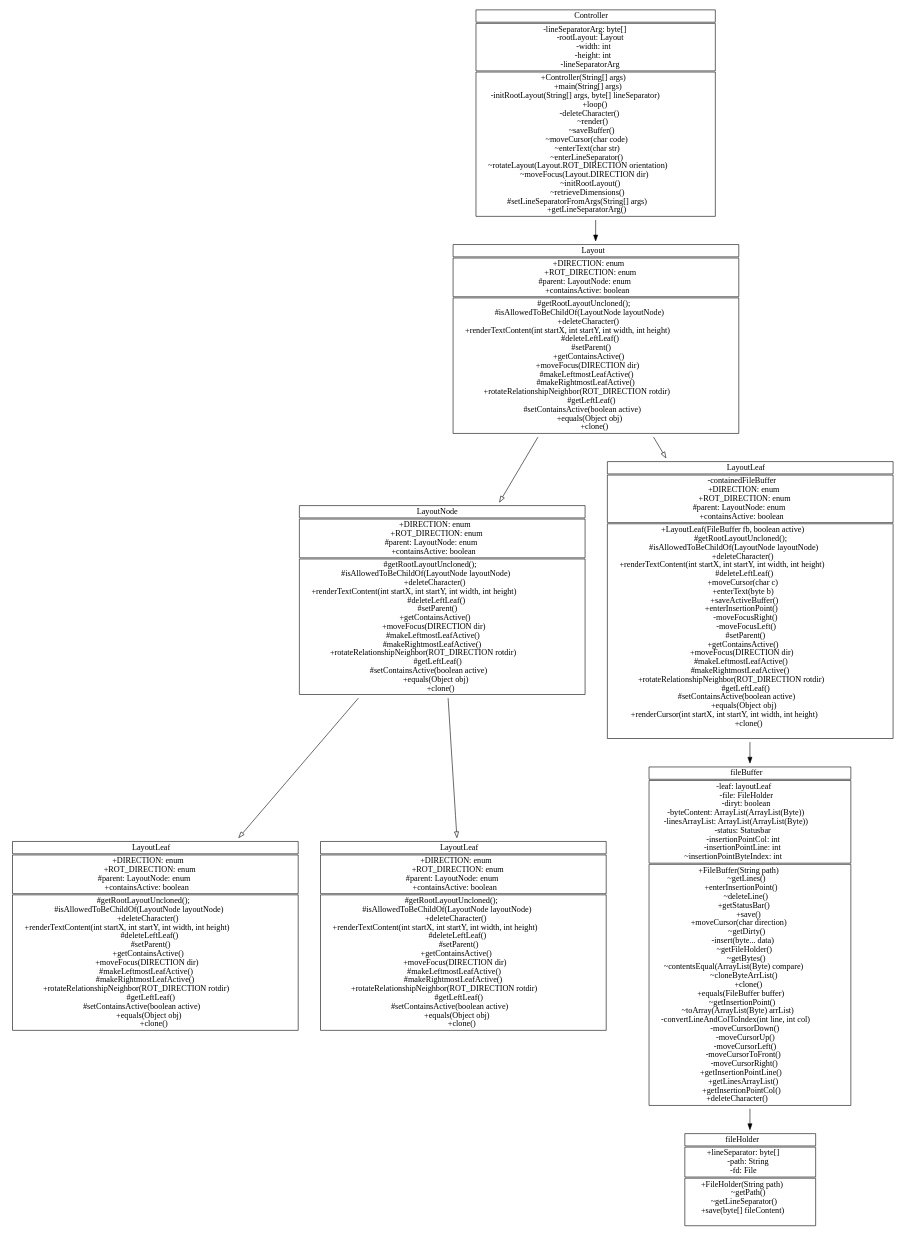
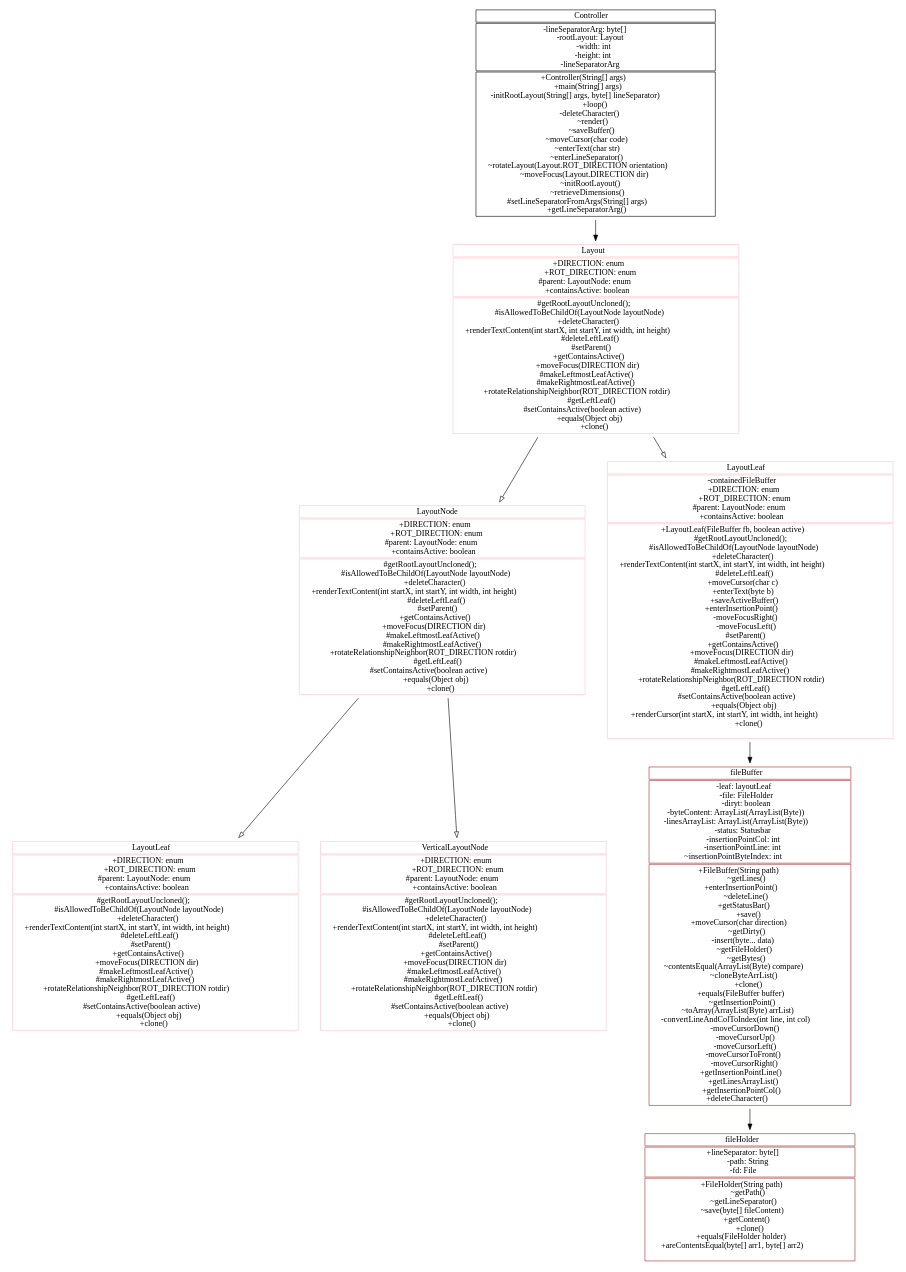
One commit to mikolaj33300/swop_textr changed the diagram in diagrams/iteration1/class.dot. Above: the diagram before and after it, drawn with Graphviz. The commit also changed 2 other files, not shown here.

Commit message:
edit: default save in filebuffer

```diff
--- a/diagrams/iteration1/class.dot
+++ b/diagrams/iteration1/class.dot
@@ -1,7 +1,7 @@
 digraph {
   node[shape=none]
 
-  Layout[label=<<table BORDER="0" CELLBORDER="1">
+  Layout[color=pink, label=<<table BORDER="0" CELLBORDER="1">
     <tr><td>Layout</td></tr>
     <tr><td>+DIRECTION: enum<br/>
       +ROT_DIRECTION: enum<br/>
@@ -24,7 +24,7 @@
       +clone()</td></tr>
     </table>>]
 
-  LayoutNode[label=<<table BORDER="0" CELLBORDER="1">
+  LayoutNode[color=pink, label=<<table BORDER="0" CELLBORDER="1">
     <tr><td>LayoutNode</td></tr>
     <tr><td>+DIRECTION: enum<br/>
       +ROT_DIRECTION: enum<br/>
@@ -47,7 +47,7 @@
       +clone()</td></tr>
     </table>>]
 
-  LayoutLeaf[label=<<table BORDER="0" CELLBORDER="1">
+  LayoutLeaf[color=pink, label=<<table BORDER="0" CELLBORDER="1">
     <tr><td>LayoutLeaf</td></tr>
     <tr><td>-containedFileBuffer<br/>
     +DIRECTION: enum<br/>
@@ -80,7 +80,7 @@
       </td></tr>
     </table>>]
 
-  LayoutNodeHorizontal[label=<<table BORDER="0" CELLBORDER="1">
+  LayoutNodeHorizontal[color=pink, label=<<table BORDER="0" CELLBORDER="1">
     <tr><td>LayoutLeaf</td></tr>
     <tr><td>+DIRECTION: enum<br/>
       +ROT_DIRECTION: enum<br/>
@@ -103,8 +103,8 @@
       +clone()</td></tr>
     </table>>]
   
-  LayoutNodeVertical[label=<<table BORDER="0" CELLBORDER="1">
-    <tr><td>LayoutLeaf</td></tr>
+  LayoutNodeVertical[color=pink, label=<<table BORDER="0" CELLBORDER="1">
+    <tr><td>VerticalLayoutNode</td></tr>
     <tr><td>+DIRECTION: enum<br/>
       +ROT_DIRECTION: enum<br/>
       #parent: LayoutNode: enum<br/>
@@ -126,7 +126,7 @@
       +clone()</td></tr>
     </table>>]
 
-  fileBuffer[label=<<table BORDER="0" CELLBORDER="1">
+  fileBuffer[color=brown, label=<<table BORDER="0" CELLBORDER="1">
     <tr><td>fileBuffer</td></tr>
     <tr><td>-leaf: layoutLeaf<br/>
       -file: FileHolder<br/>
@@ -168,7 +168,7 @@
     </td></tr>
     </table>>]
 
-  controller[label=<<table BORDER="0" CELLBORDER="1">
+  controller[color=black, label=<<table BORDER="0" CELLBORDER="1">
     <tr><td>Controller</td></tr>
     <tr><td>-lineSeparatorArg: byte[]<br/>
       -rootLayout: Layout<br/>
@@ -193,7 +193,7 @@
       +getLineSeparatorArg()</td></tr>
     </table>>]
 
-    fileHolder[label=<<table BORDER="0" CELLBORDER="1"><tr><td>
+    fileHolder[color=brown, label=<<table BORDER="0" CELLBORDER="1"><tr><td>
         fileHolder
       </td></tr><tr><td>
         +lineSeparator: byte[]<br/>
@@ -203,8 +203,13 @@
         +FileHolder(String path)<br/>
         ~getPath()<br/>
         ~getLineSeparator()<br/>
-        +save(byte[] fileContent)<br/>
+        ~save(byte[] fileContent)<br/>
+        +getContent()<br/>
+        +clone()<br/>
+        +equals(FileHolder holder)<br/>
+        +areContentsEqual(byte[] arr1, byte[] arr2)<br/>
       </td></tr></table>>]
+
   controller -> Layout 
   Layout -> {LayoutNode, LayoutLeaf}[arrowhead=onormal]
   LayoutNode -> {LayoutNodeHorizontal, LayoutNodeVertical}[arrowhead=onormal]
```
